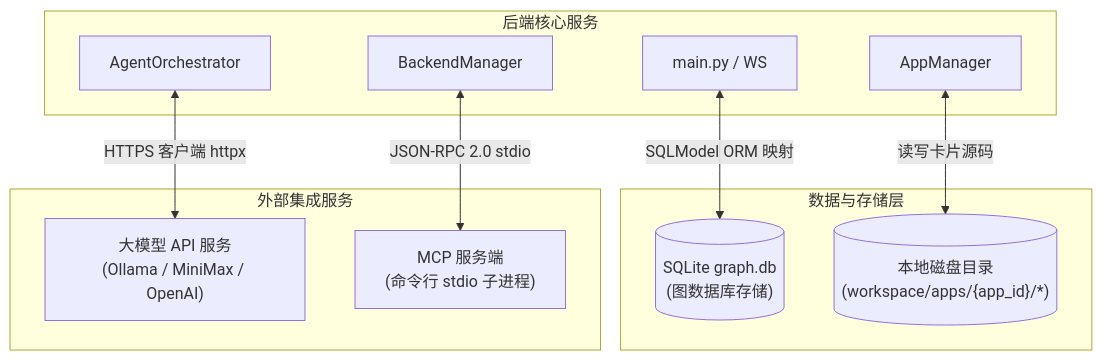
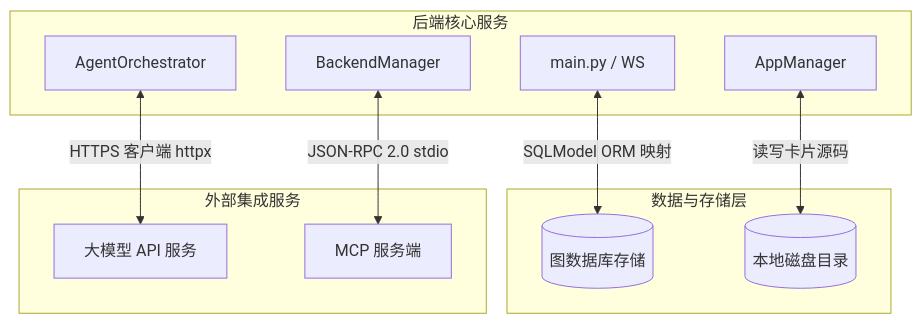
One commit to BillShiyaoZhang/ambient-agent changed the fourth of 5 diagrams in docs/architecture/overview.md. Above: the diagram before and after it, drawn with Mermaid. The commit also changed other lines of this file and 10 other files, not shown here.

````diff
--- a/docs/architecture/overview.md
+++ b/docs/architecture/overview.md
@@ -59,21 +58,21 @@
 ```mermaid
 graph TB
     subgraph Backend["后端核心服务"]
         AppMgr["AppManager"]
         Main["main.py / WS"]
         BackendMgr["BackendManager"]
         Orchestrator["AgentOrchestrator"]
     end
     subgraph Data["数据与存储层"]
-        SQLiteDB[("SQLite graph.db<br/>(图数据库存储)")]
-        DiskApps[("本地磁盘目录<br/>(workspace/apps/{app_id}/*)")]
+        SQLiteDB[("图数据库存储")]
+        DiskApps[("本地磁盘目录")]
     end
     subgraph External["外部集成服务"]
-        LLM["大模型 API 服务<br/>(Ollama / MiniMax / OpenAI)"]
-        MCPServer["MCP 服务端<br/>(命令行 stdio 子进程)"]
+        LLM["大模型 API 服务"]
+        MCPServer["MCP 服务端"]
     end
     AppMgr <-->|读写卡片源码| DiskApps
     Main <-->|SQLModel ORM 映射| SQLiteDB
     BackendMgr <-->|JSON-RPC 2.0 stdio| MCPServer
     Orchestrator <-->|HTTPS 客户端 httpx| LLM
 ```
````
